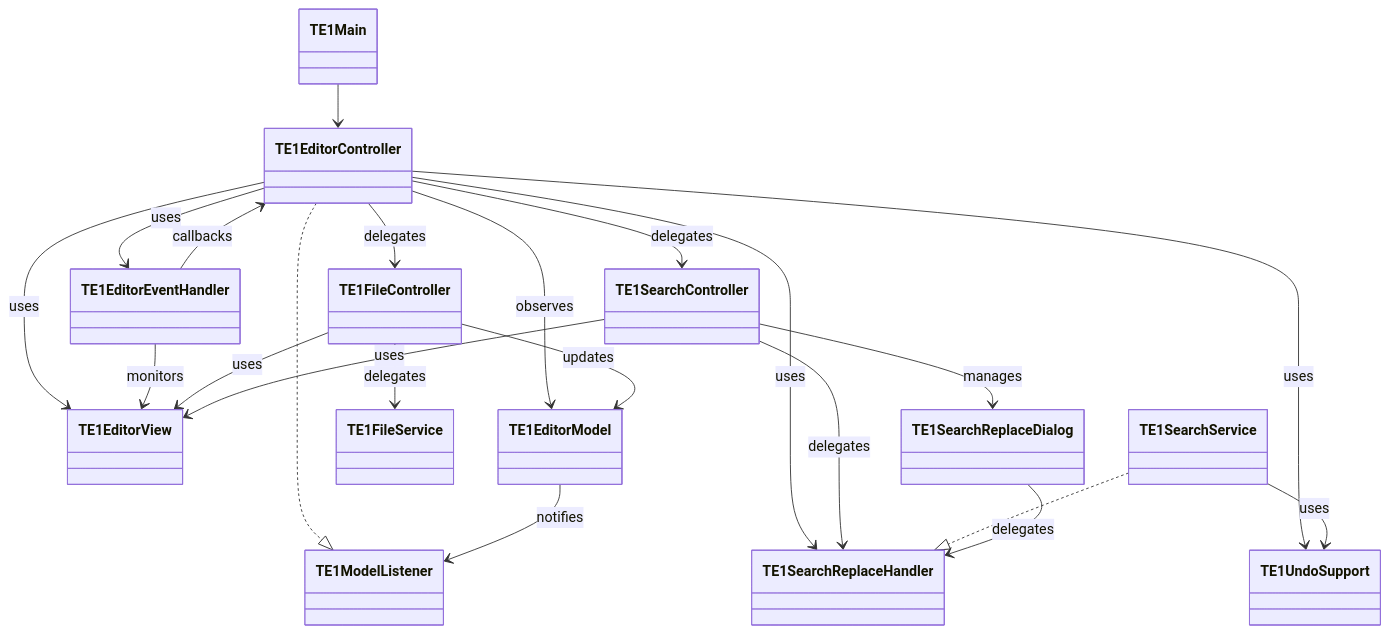
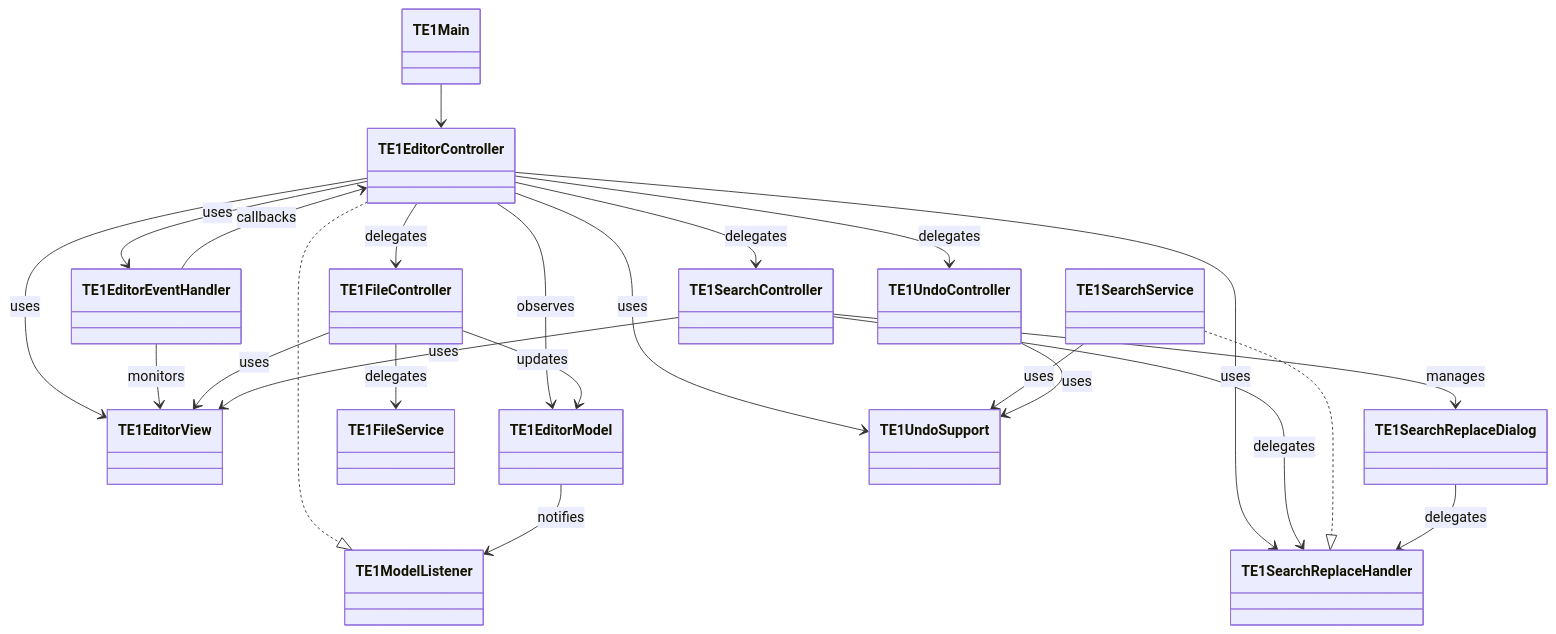
The diagram in README.md (mkunori/TextEditor1Go), drawn with Mermaid before and after one commit. The commit also changed other lines of this file, not shown here.

````diff
--- a/README.md
+++ b/README.md
@@ -127,44 +130,48 @@
 ```mermaid
 classDiagram
     class TE1Main
     class TE1EditorController
     class TE1EditorEventHandler
     class TE1FileController
     class TE1SearchController
     class TE1EditorView
     class TE1EditorModel
     class TE1ModelListener
     class TE1FileService
     class TE1SearchReplaceHandler
     class TE1SearchService
     class TE1SearchReplaceDialog
     class TE1UndoSupport
+    class TE1UndoController
 
     TE1Main --> TE1EditorController
 
     TE1EditorController --> TE1EditorView : uses
     TE1EditorController --> TE1EditorModel : observes
     TE1EditorController --> TE1EditorEventHandler : uses
     TE1EditorController --> TE1FileController : delegates
     TE1EditorController --> TE1SearchController : delegates
     TE1EditorController --> TE1UndoSupport : uses
     TE1EditorController --> TE1SearchReplaceHandler : uses
+    TE1EditorController --> TE1UndoController : delegates
 
     TE1EditorEventHandler --> TE1EditorView : monitors
     TE1EditorEventHandler --> TE1EditorController : callbacks
 
     TE1FileController --> TE1EditorView : uses
     TE1FileController --> TE1EditorModel : updates
     TE1FileController --> TE1FileService : delegates
 
     TE1SearchController --> TE1EditorView : uses
     TE1SearchController --> TE1SearchReplaceHandler : delegates
     TE1SearchController --> TE1SearchReplaceDialog : manages
 
     TE1EditorController ..|> TE1ModelListener
     TE1EditorModel --> TE1ModelListener : notifies
 
     TE1SearchService ..|> TE1SearchReplaceHandler
     TE1SearchService --> TE1UndoSupport : uses
     TE1SearchReplaceDialog --> TE1SearchReplaceHandler : delegates
+    
+    TE1UndoController --> TE1UndoSupport : uses
 ```
````
